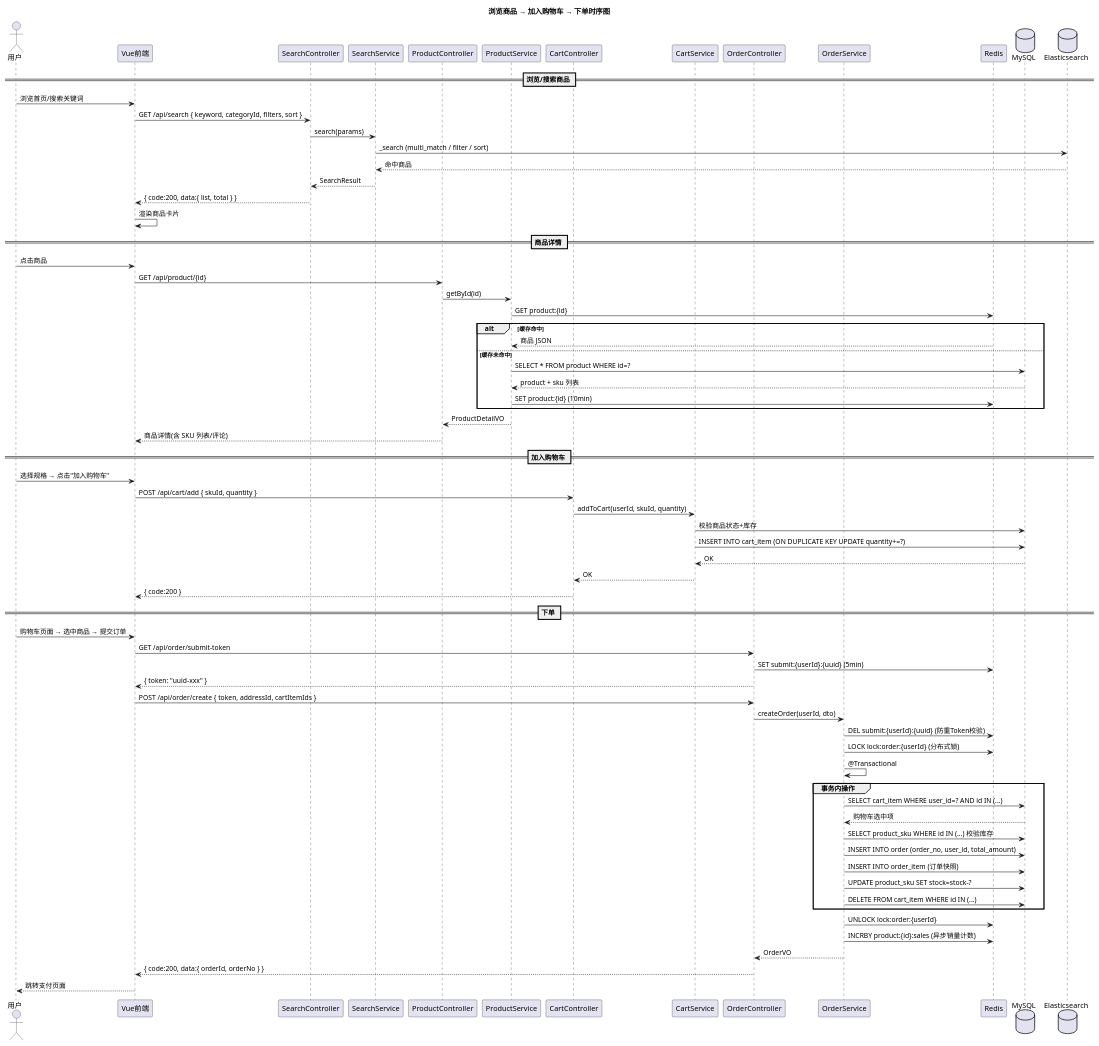
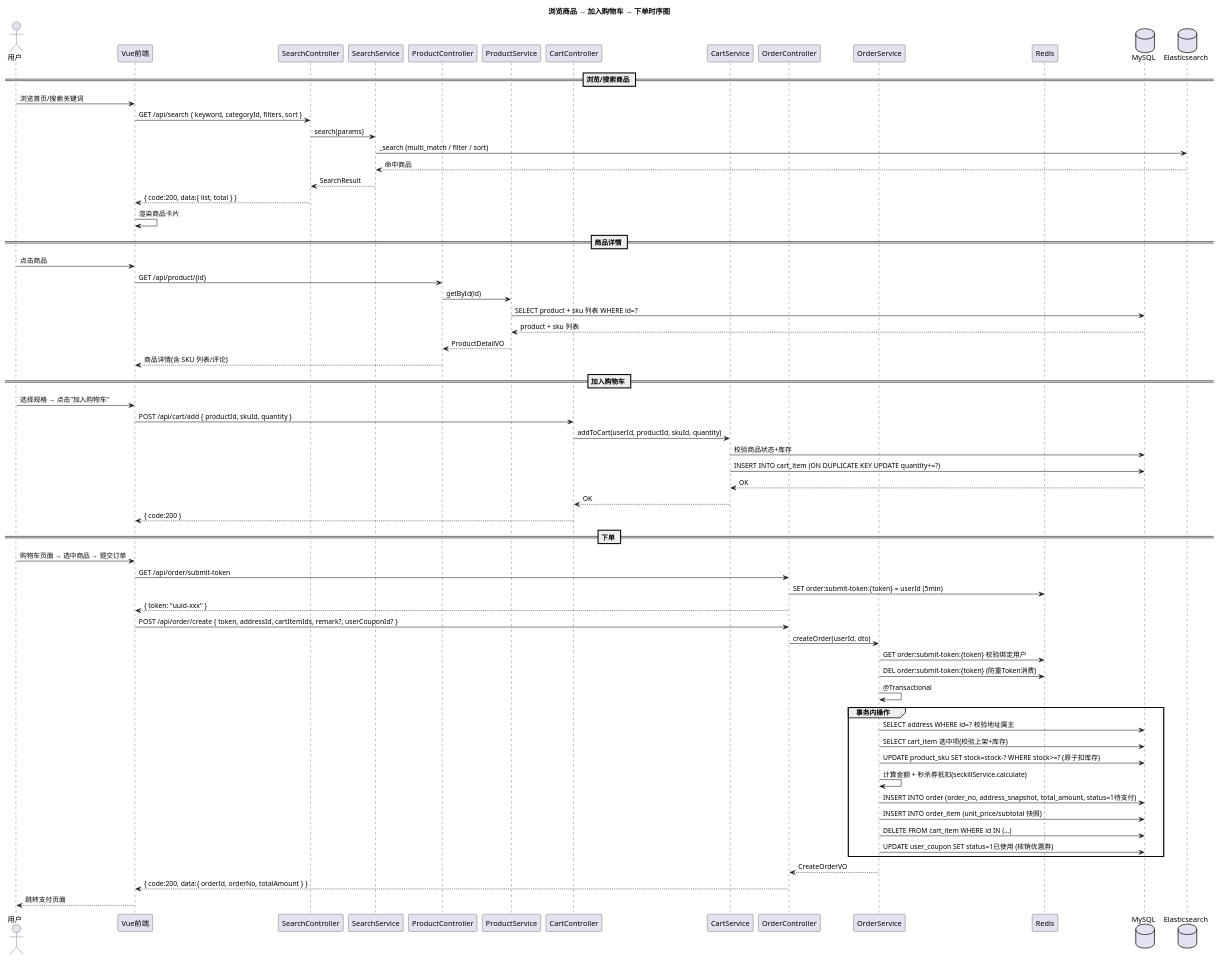
The second of 6 diagrams in uml/uml-sequence.puml (KIM406-CMD/chrono), drawn with PlantUML before and after one commit. The commit also changed other lines of this file and 21 other files, not shown here.

First line of the commit message:
docs: 同步设计文档与 UML 图

```diff
--- a/uml/uml-sequence.puml
+++ b/uml/uml-sequence.puml
@@ -61,82 +61,75 @@
 @startuml 浏览商品加入购物车下单
 
 title 浏览商品 → 加入购物车 → 下单时序图
 
 actor 用户 as User
 participant "Vue前端" as Vue
 participant "SearchController" as SC
 participant "SearchService" as SS
 participant "ProductController" as PC
 participant "ProductService" as PS
 participant "CartController" as CC
 participant "CartService" as CS
 participant "OrderController" as OC
 participant "OrderService" as OS
 participant "Redis" as Redis
 database "MySQL" as DB
 database "Elasticsearch" as ES
 
 == 浏览/搜索商品 ==
 User -> Vue : 浏览首页/搜索关键词
 Vue -> SC : GET /api/search { keyword, categoryId, filters, sort }
 SC -> SS : search(params)
 SS -> ES : _search (multi_match / filter / sort)
 ES --> SS : 命中商品
 SS --> SC : SearchResult
 SC --> Vue : { code:200, data:{ list, total } }
 Vue -> Vue : 渲染商品卡片
 
 == 商品详情 ==
 User -> Vue : 点击商品
 Vue -> PC : GET /api/product/{id}
 PC -> PS : getById(id)
-PS -> Redis : GET product:{id}
-alt 缓存命中
-  Redis --> PS : 商品 JSON
-else 缓存未命中
-  PS -> DB : SELECT * FROM product WHERE id=?
-  DB --> PS : product + sku 列表
-  PS -> Redis : SET product:{id} (10min)
-end
+PS -> DB : SELECT product + sku 列表 WHERE id=?
+DB --> PS : product + sku 列表
 PS --> PC : ProductDetailVO
 PC --> Vue : 商品详情(含 SKU 列表/评论)
 
 == 加入购物车 ==
 User -> Vue : 选择规格 → 点击"加入购物车"
-Vue -> CC : POST /api/cart/add { skuId, quantity }
-CC -> CS : addToCart(userId, skuId, quantity)
+Vue -> CC : POST /api/cart/add { productId, skuId, quantity }
+CC -> CS : addToCart(userId, productId, skuId, quantity)
 CS -> DB : 校验商品状态+库存
 CS -> DB : INSERT INTO cart_item (ON DUPLICATE KEY UPDATE quantity+=?)
 DB --> CS : OK
 CS --> CC : OK
 CC --> Vue : { code:200 }
 
 == 下单 ==
 User -> Vue : 购物车页面 → 选中商品 → 提交订单
 Vue -> OC : GET /api/order/submit-token
-OC -> Redis : SET submit:{userId}:{uuid} (5min)
+OC -> Redis : SET order:submit-token:{token} = userId (5min)
 OC --> Vue : { token: "uuid-xxx" }
 
-Vue -> OC : POST /api/order/create { token, addressId, cartItemIds }
+Vue -> OC : POST /api/order/create { token, addressId, cartItemIds, remark?, userCouponId? }
 OC -> OS : createOrder(userId, dto)
-OS -> Redis : DEL submit:{userId}:{uuid} (防重Token校验)
-OS -> Redis : LOCK lock:order:{userId} (分布式锁)
+OS -> Redis : GET order:submit-token:{token} 校验绑定用户
+OS -> Redis : DEL order:submit-token:{token} (防重Token消费)
 OS -> OS : @Transactional
 
 group 事务内操作
-  OS -> DB : SELECT cart_item WHERE user_id=? AND id IN (...)
-  DB --> OS : 购物车选中项
-  OS -> DB : SELECT product_sku WHERE id IN (...) 校验库存
-  OS -> DB : INSERT INTO order (order_no, user_id, total_amount)
-  OS -> DB : INSERT INTO order_item (订单快照)
-  OS -> DB : UPDATE product_sku SET stock=stock-?
+  OS -> DB : SELECT address WHERE id=? 校验地址属主
+  OS -> DB : SELECT cart_item 选中项(校验上架+库存)
+  OS -> DB : UPDATE product_sku SET stock=stock-? WHERE stock>=? (原子扣库存)
+  OS -> OS : 计算金额 + 秒杀券抵扣(seckillService.calculate)
+  OS -> DB : INSERT INTO order (order_no, address_snapshot, total_amount, status=1待支付)
+  OS -> DB : INSERT INTO order_item (unit_price/subtotal 快照)
   OS -> DB : DELETE FROM cart_item WHERE id IN (...)
+  OS -> DB : UPDATE user_coupon SET status=1已使用 (核销优惠券)
 end
 
-OS -> Redis : UNLOCK lock:order:{userId}
-OS -> Redis : INCRBY product:{id}:sales (异步销量计数)
-OS --> OC : OrderVO
-OC --> Vue : { code:200, data:{ orderId, orderNo } }
+OS --> OC : CreateOrderVO
+OC --> Vue : { code:200, data:{ orderId, orderNo, totalAmount } }
 Vue --> User : 跳转支付页面
 
 @enduml
```
